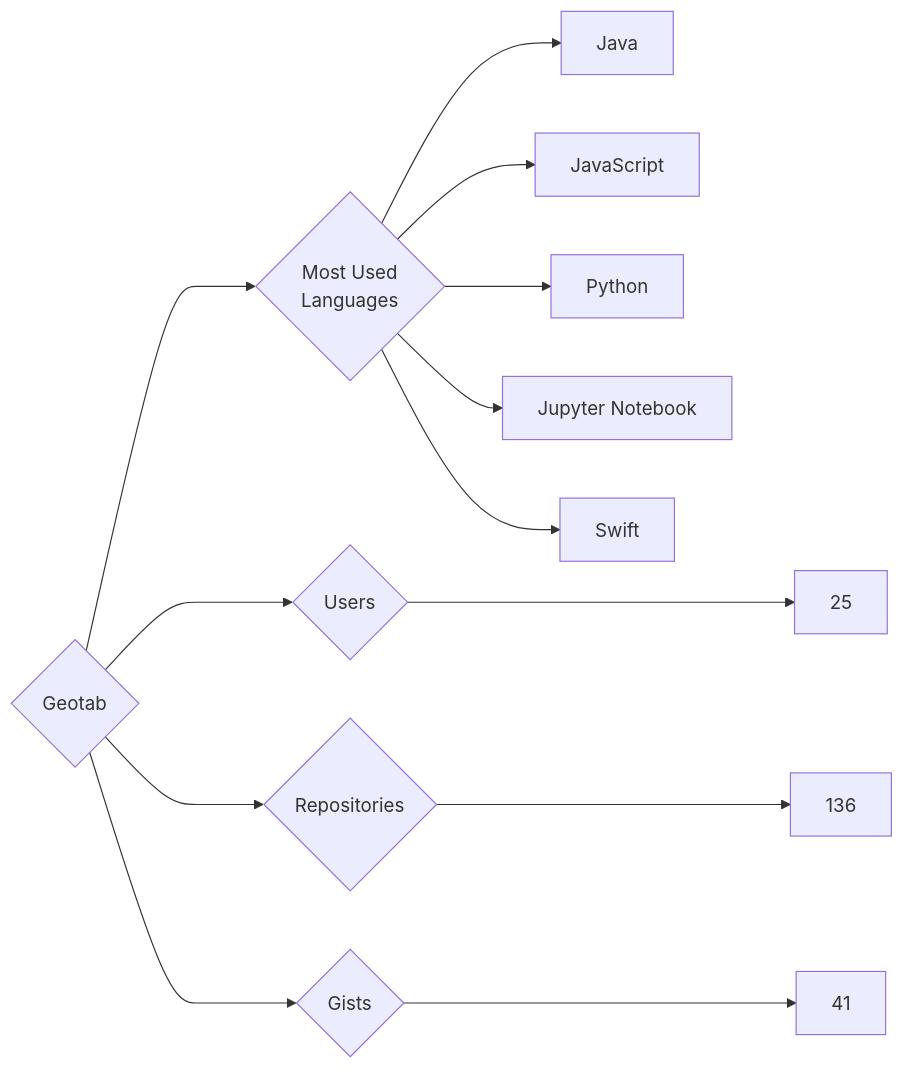
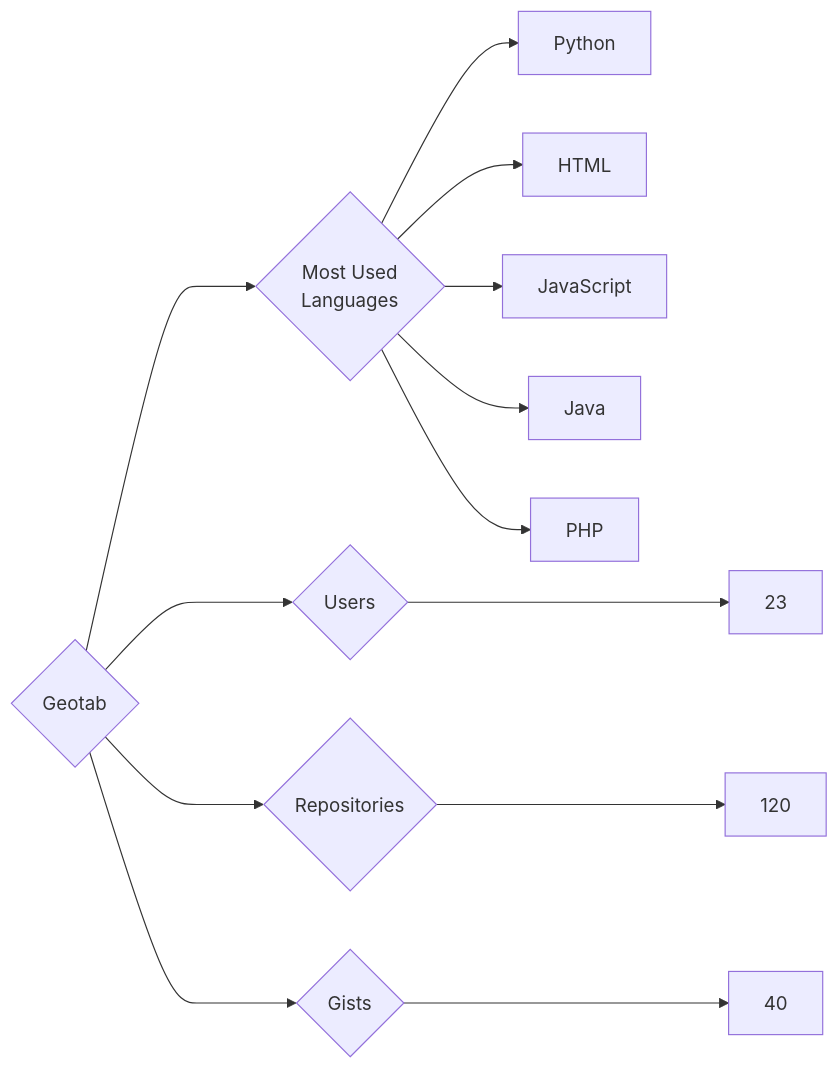
One commit to trickest/insiders changed the diagram in targets/Geotab/README.md. Above: the diagram before and after it, drawn with Mermaid. The commit also changed 984 other files, not shown here.

````diff
--- a/targets/Geotab/README.md
+++ b/targets/Geotab/README.md
@@ -3,13 +3,13 @@
 ```mermaid
 graph LR
 COMPANY_NAME{Geotab}
-COMPANY_NAME ---> U{Users} ---> UN[25]
-COMPANY_NAME ---> R{Repositories} ---> RN[136]
-COMPANY_NAME ---> G{Gists} ---> GN[41]
+COMPANY_NAME ---> U{Users} ---> UN[23]
+COMPANY_NAME ---> R{Repositories} ---> RN[120]
+COMPANY_NAME ---> G{Gists} ---> GN[40]
 COMPANY_NAME ---> ML{Most Used<br>Languages}
+ML --> Python[Python]
+ML --> HTML[HTML]
+ML --> JavaScript[JavaScript]
 ML --> Java[Java]
-ML --> JavaScript[JavaScript]
-ML --> Python[Python]
-ML --> Jupyter_Notebook[Jupyter Notebook]
-ML --> Swift[Swift]
+ML --> PHP[PHP]
 ```
````
